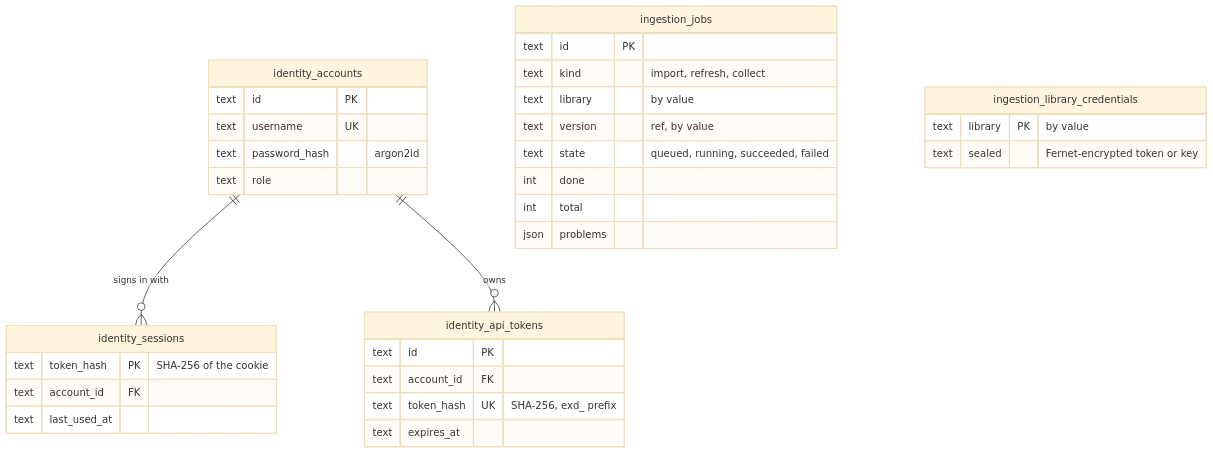
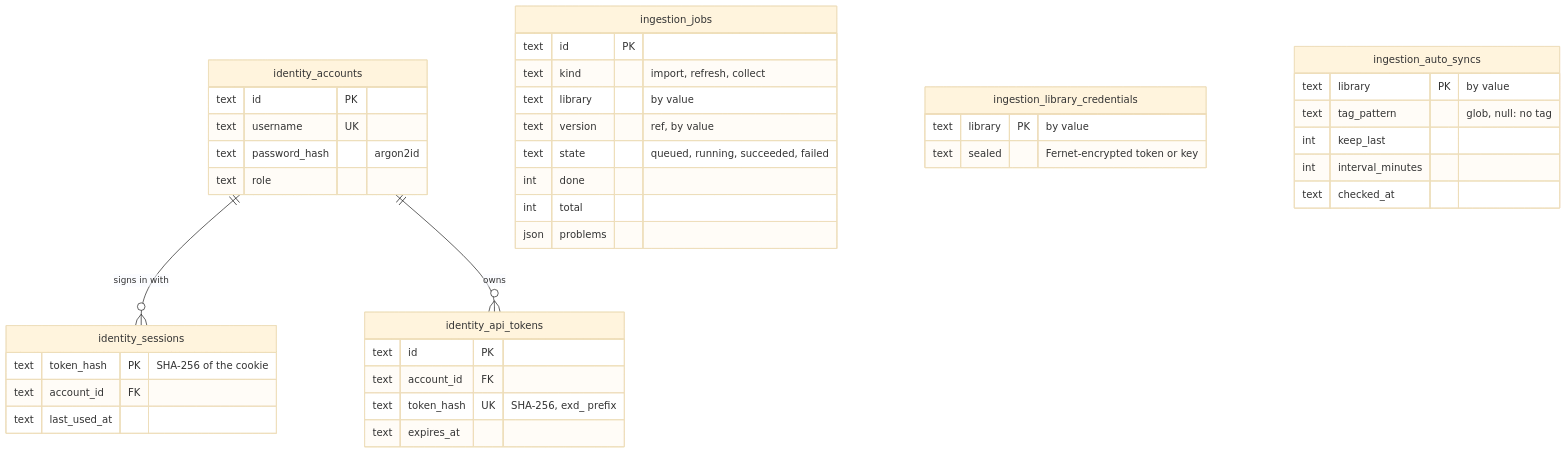
One commit to SirCypkowskyy/ExactDocs changed the third of 5 diagrams in docs/architecture.md. Above: the diagram before and after it, drawn with Mermaid (base theme). The commit also changed other lines of this file and 39 other files, not shown here.

````diff
--- a/docs/architecture.md
+++ b/docs/architecture.md
@@ -285,38 +286,45 @@
 ```mermaid
 erDiagram
     identity_accounts ||--o{ identity_sessions : "signs in with"
     identity_accounts ||--o{ identity_api_tokens : "owns"
 
     identity_accounts {
         text id PK
         text username UK
         text password_hash "argon2id"
         text role
     }
     identity_sessions {
         text token_hash PK "SHA-256 of the cookie"
         text account_id FK
         text last_used_at
     }
     identity_api_tokens {
         text id PK
         text account_id FK
         text token_hash UK "SHA-256, exd_ prefix"
         text expires_at
     }
 
     ingestion_jobs {
         text id PK
         text kind "import, refresh, collect"
         text library "by value"
         text version "ref, by value"
         text state "queued, running, succeeded, failed"
         int done
         int total
         json problems
     }
     ingestion_library_credentials {
         text library PK "by value"
         text sealed "Fernet-encrypted token or key"
     }
+    ingestion_auto_syncs {
+        text library PK "by value"
+        text tag_pattern "glob, null: no tag"
+        int keep_last
+        int interval_minutes
+        text checked_at
+    }
 ```
````
